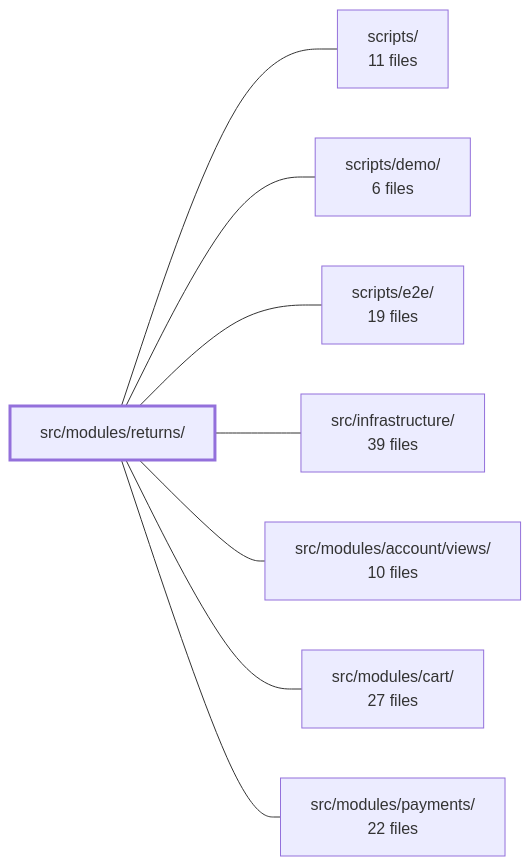
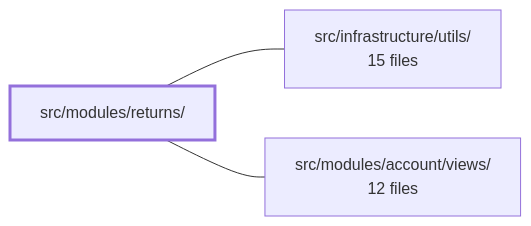
One commit to Guebbit/boilerplate-vue-frontend changed the diagram in .2brain/modules/boilerplate-vue-frontend_src_modules_returns.md. Above: the diagram before and after it, drawn with Mermaid. The commit also changed other lines of this file and 960 other files, not shown here.

````diff
--- a/.2brain/modules/boilerplate-vue-frontend_src_modules_returns.md
+++ b/.2brain/modules/boilerplate-vue-frontend_src_modules_returns.md
@@ -40,19 +43,9 @@
 ```mermaid
 flowchart LR
     m_src_modules_returns["src/modules/returns/"]
-    m_scripts["scripts/<br/>11 files"]
-    m_scripts_demo["scripts/demo/<br/>6 files"]
-    m_scripts_e2e["scripts/e2e/<br/>19 files"]
-    m_src_infrastructure["src/infrastructure/<br/>39 files"]
-    m_src_modules_account_views["src/modules/account/views/<br/>10 files"]
-    m_src_modules_cart["src/modules/cart/<br/>27 files"]
-    m_src_modules_payments["src/modules/payments/<br/>22 files"]
-    m_src_modules_returns --- m_scripts
-    m_src_modules_returns --- m_scripts_demo
-    m_src_modules_returns --- m_scripts_e2e
-    m_src_modules_returns --- m_src_infrastructure
+    m_src_infrastructure_utils["src/infrastructure/utils/<br/>15 files"]
+    m_src_modules_account_views["src/modules/account/views/<br/>12 files"]
+    m_src_modules_returns --- m_src_infrastructure_utils
     m_src_modules_returns --- m_src_modules_account_views
-    m_src_modules_returns --- m_src_modules_cart
-    m_src_modules_returns --- m_src_modules_payments
     style m_src_modules_returns stroke-width:3px
 ```
````
